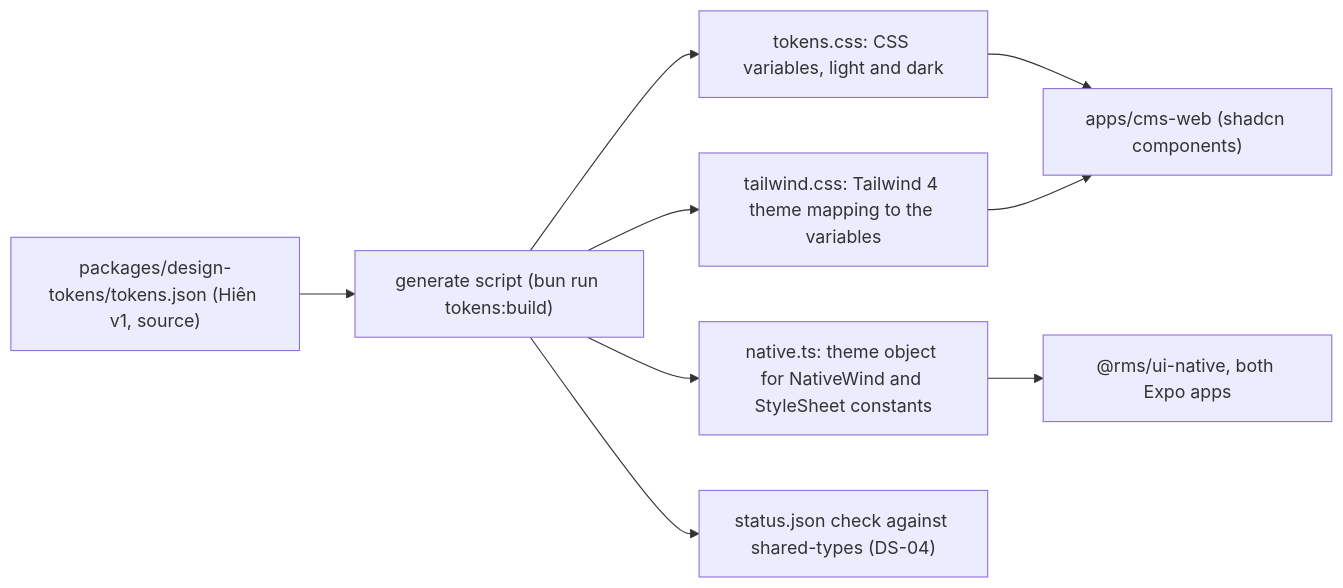
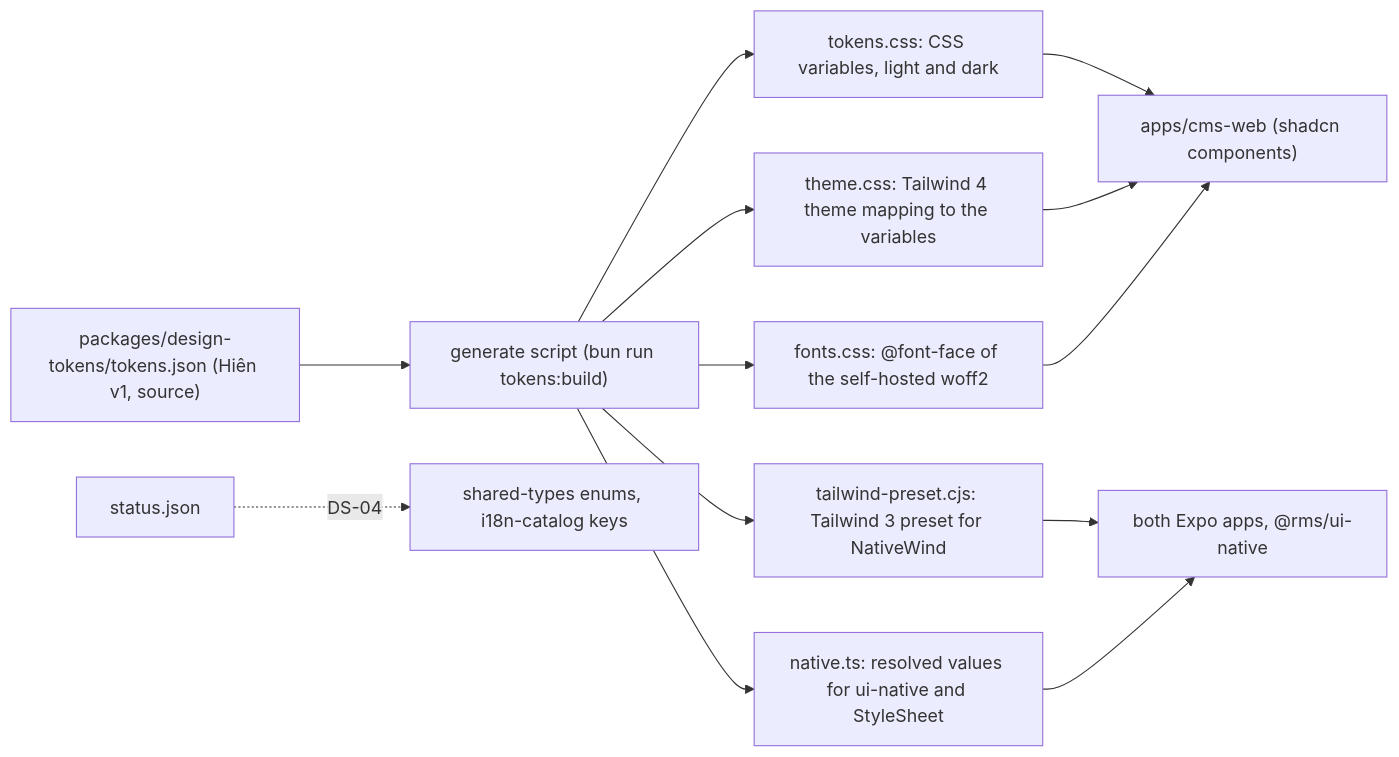
The diagram in docs/08-ux-ui/design-system.md (ninggiangboy/residential-management-system), drawn with Mermaid before and after one commit. The commit also changed other lines of this file and 8 other files, not shown here.

````diff
--- a/docs/08-ux-ui/design-system.md
+++ b/docs/08-ux-ui/design-system.md
@@ -30,11 +30,15 @@
 ```mermaid
 flowchart LR
   J["packages/design-tokens/tokens.json (Hiên v1, source)"] --> G["generate script (bun run tokens:build)"]
   G --> C["tokens.css: CSS variables, light and dark"]
-  G --> T["tailwind.css: Tailwind 4 theme mapping to the variables"]
-  G --> N["native.ts: theme object for NativeWind and StyleSheet constants"]
-  G --> S["status.json check against shared-types (DS-04)"]
+  G --> T["theme.css: Tailwind 4 theme mapping to the variables"]
+  G --> F["fonts.css: @font-face of the self-hosted woff2"]
+  G --> P["tailwind-preset.cjs: Tailwind 3 preset for NativeWind"]
+  G --> N["native.ts: resolved values for ui-native and StyleSheet"]
+  S["status.json"] -.->|DS-04| X["shared-types enums, i18n-catalog keys"]
   C --> W["apps/cms-web (shadcn components)"]
   T --> W
-  N --> M["@rms/ui-native, both Expo apps"]
+  F --> W
+  P --> M["both Expo apps, @rms/ui-native"]
+  N --> M
 ```
````
